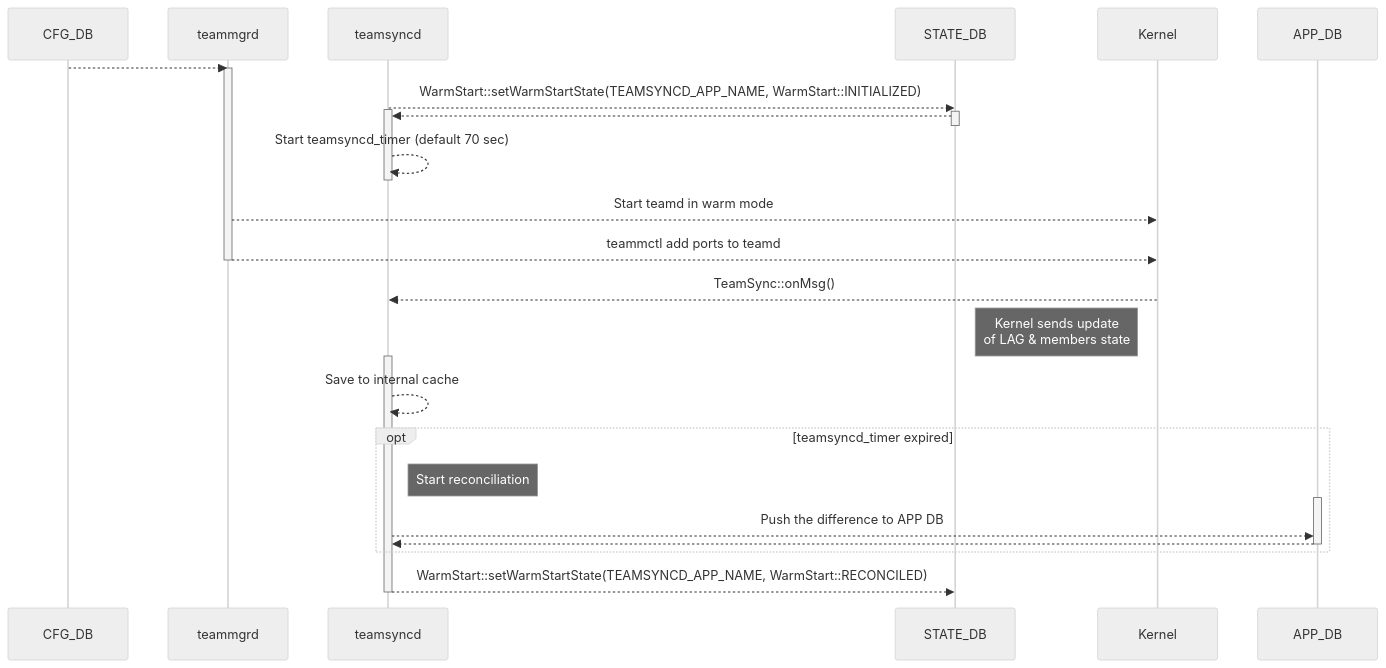
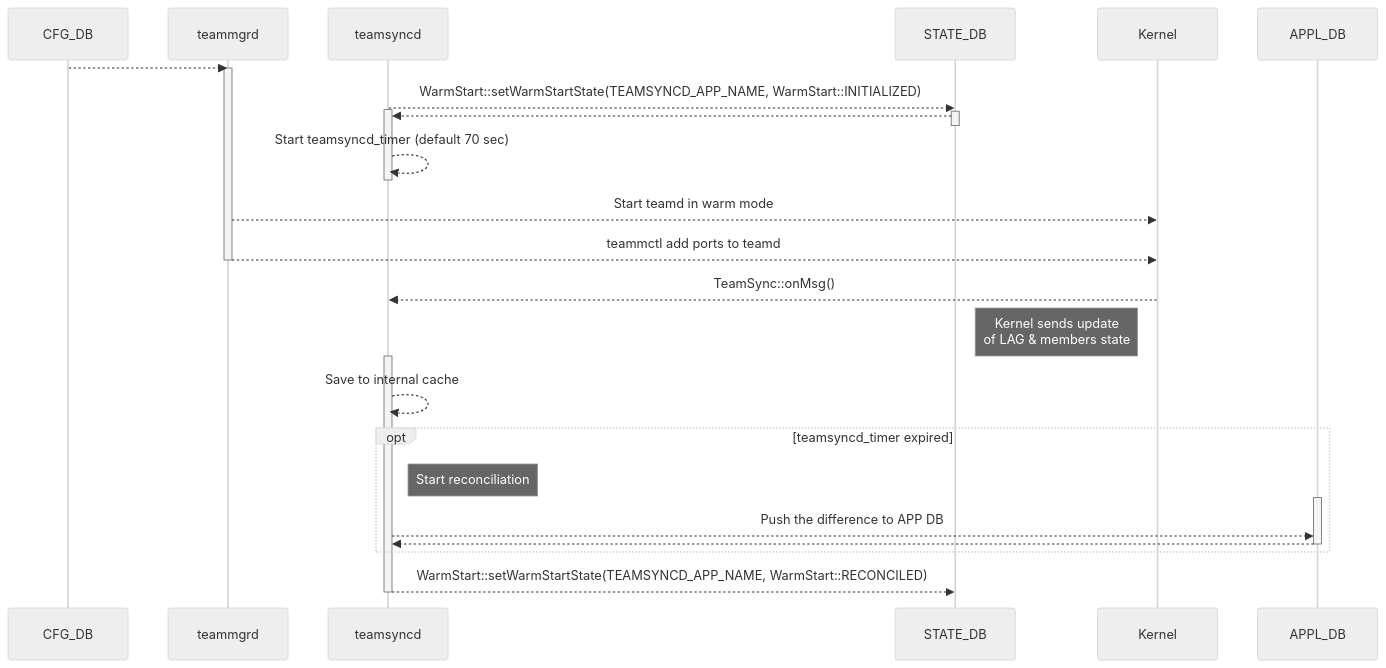
Before and after one commit to stepanblyschak/SONiC: diagram 13 of 14 in doc/warm-reboot/wb.md, drawn with Mermaid (neutral theme). The commit also changed other lines of this file, not shown here.

````diff
--- a/doc/warm-reboot/wb.md
+++ b/doc/warm-reboot/wb.md
@@ -627,33 +701,33 @@
 ```mermaid
 sequenceDiagram
     CFG_DB -->> teammgrd: 
     activate teammgrd
     
     teamsyncd -->> STATE_DB: WarmStart::setWarmStartState(TEAMSYNCD_APP_NAME, WarmStart::INITIALIZED);
     activate teamsyncd
     activate STATE_DB
     STATE_DB -->> teamsyncd: 
     deactivate STATE_DB
     teamsyncd -->> teamsyncd: Start teamsyncd_timer (default 70 sec)
     deactivate teamsyncd
 
     teammgrd -->> Kernel: Start teamd in warm mode
     teammgrd -->> Kernel: teammctl add ports to teamd
     deactivate teammgrd
     Kernel -->> teamsyncd: TeamSync::onMsg()
     Note left of Kernel: Kernel sends update<br/> of LAG & members state
     activate teamsyncd
     teamsyncd -->> teamsyncd: Save to internal cache
 
     opt teamsyncd_timer expired
         Note right of teamsyncd: Start reconciliation
-        activate APP_DB
-        teamsyncd -->> APP_DB: Push the difference to APP DB
-        APP_DB -->> teamsyncd: 
-        deactivate APP_DB
+        activate APPL_DB
+        teamsyncd -->> APPL_DB: Push the difference to APP DB
+        APPL_DB -->> teamsyncd: 
+        deactivate APPL_DB
     end
 
     teamsyncd -->> STATE_DB: WarmStart::setWarmStartState(TEAMSYNCD_APP_NAME, WarmStart::RECONCILED);
 
     deactivate teamsyncd
 ```
````
